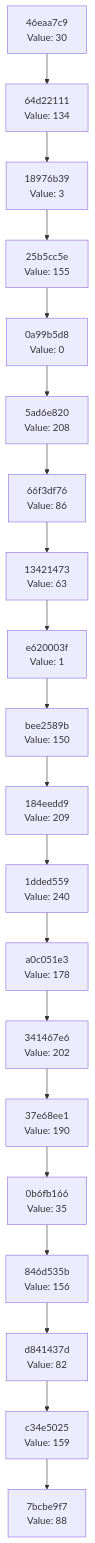
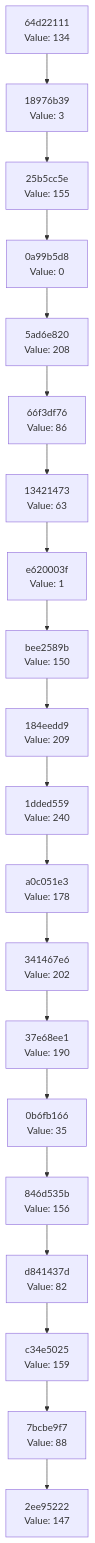
The diagram in docs/CHAIN_VISUALIZATION.md (Abhisheksinha1506/hash-chain-evolver), drawn with Mermaid before and after one commit. The commit also changed 3 other files, not shown here.

````diff
--- a/docs/CHAIN_VISUALIZATION.md
+++ b/docs/CHAIN_VISUALIZATION.md
@@ -3,42 +3,42 @@
 ```mermaid
 graph TD
-    C0["7bcbe9f7<br/>Value: 88"]
-    C1["c34e5025<br/>Value: 159"]
+    C0["2ee95222<br/>Value: 147"]
+    C1["7bcbe9f7<br/>Value: 88"]
     C1 --> C0
-    C2["d841437d<br/>Value: 82"]
+    C2["c34e5025<br/>Value: 159"]
     C2 --> C1
-    C3["846d535b<br/>Value: 156"]
+    C3["d841437d<br/>Value: 82"]
     C3 --> C2
-    C4["0b6fb166<br/>Value: 35"]
+    C4["846d535b<br/>Value: 156"]
     C4 --> C3
-    C5["37e68ee1<br/>Value: 190"]
+    C5["0b6fb166<br/>Value: 35"]
     C5 --> C4
-    C6["341467e6<br/>Value: 202"]
+    C6["37e68ee1<br/>Value: 190"]
     C6 --> C5
-    C7["a0c051e3<br/>Value: 178"]
+    C7["341467e6<br/>Value: 202"]
     C7 --> C6
-    C8["1dded559<br/>Value: 240"]
+    C8["a0c051e3<br/>Value: 178"]
     C8 --> C7
-    C9["184eedd9<br/>Value: 209"]
+    C9["1dded559<br/>Value: 240"]
     C9 --> C8
-    C10["bee2589b<br/>Value: 150"]
+    C10["184eedd9<br/>Value: 209"]
     C10 --> C9
-    C11["e620003f<br/>Value: 1"]
+    C11["bee2589b<br/>Value: 150"]
     C11 --> C10
-    C12["13421473<br/>Value: 63"]
+    C12["e620003f<br/>Value: 1"]
     C12 --> C11
-    C13["66f3df76<br/>Value: 86"]
+    C13["13421473<br/>Value: 63"]
     C13 --> C12
-    C14["5ad6e820<br/>Value: 208"]
+    C14["66f3df76<br/>Value: 86"]
     C14 --> C13
-    C15["0a99b5d8<br/>Value: 0"]
+    C15["5ad6e820<br/>Value: 208"]
     C15 --> C14
-    C16["25b5cc5e<br/>Value: 155"]
+    C16["0a99b5d8<br/>Value: 0"]
     C16 --> C15
-    C17["18976b39<br/>Value: 3"]
+    C17["25b5cc5e<br/>Value: 155"]
     C17 --> C16
-    C18["64d22111<br/>Value: 134"]
+    C18["18976b39<br/>Value: 3"]
     C18 --> C17
-    C19["46eaa7c9<br/>Value: 30"]
+    C19["64d22111<br/>Value: 134"]
     C19 --> C18
 ```
````
